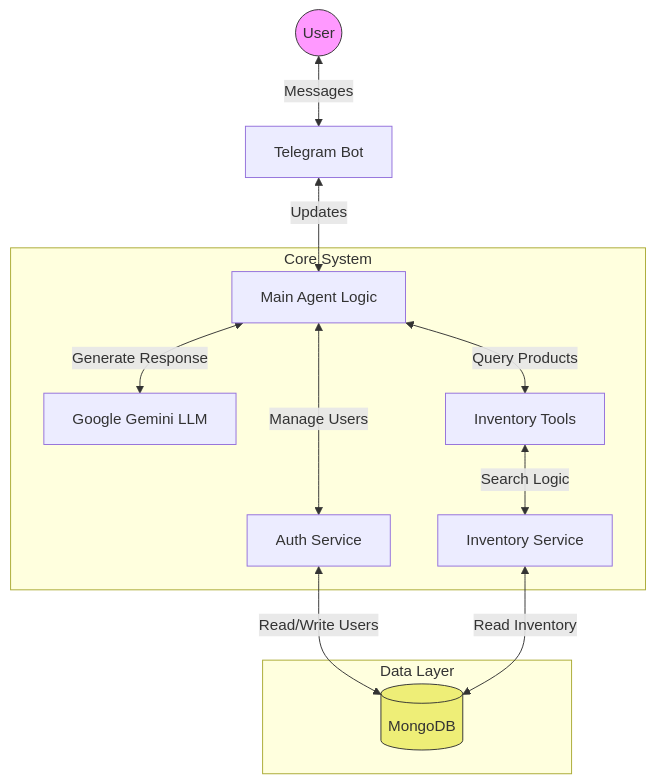
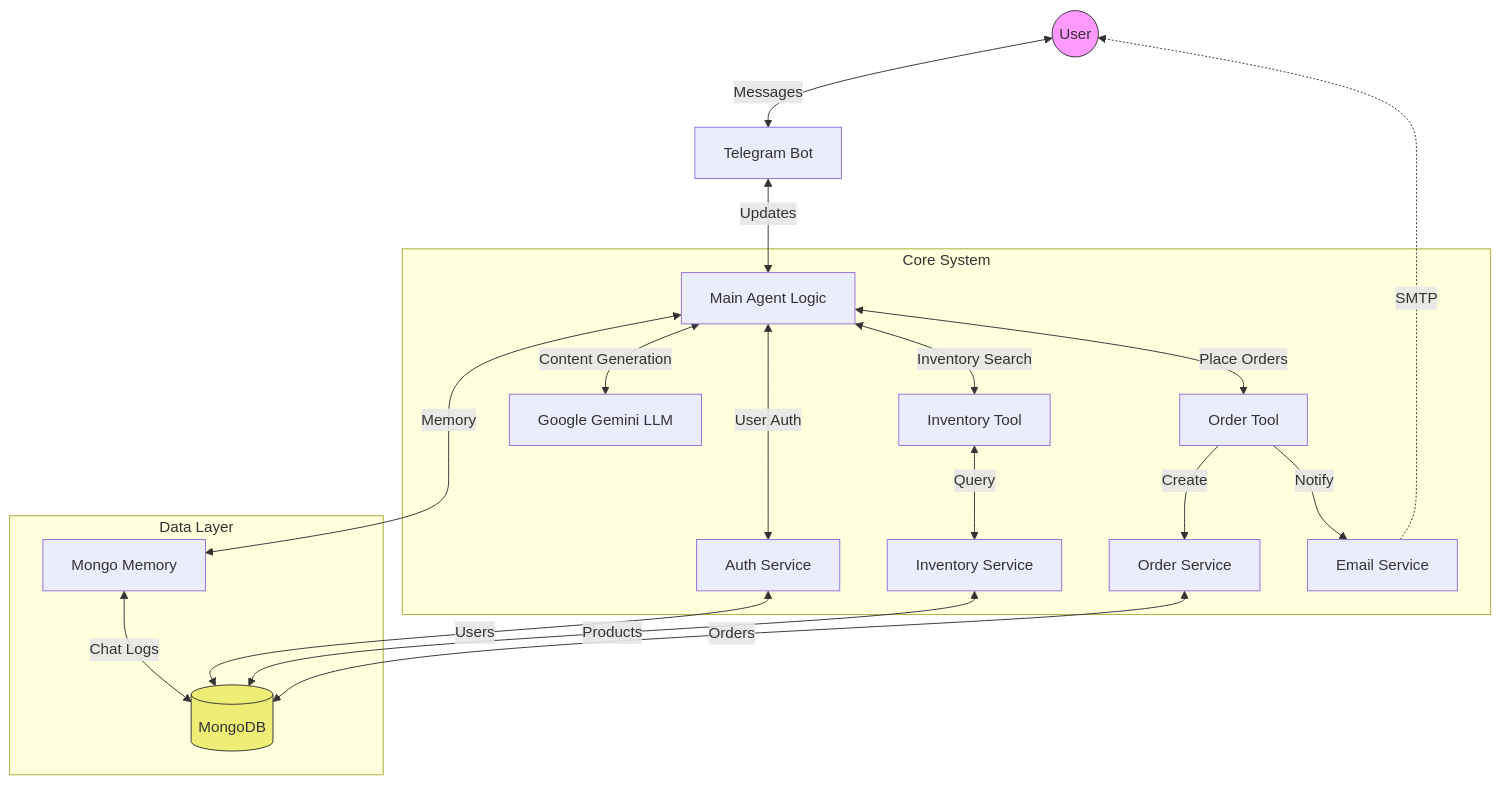
The first of 4 diagrams in README.md (udaykumar-dhokia/SalesMate.ai), drawn with Mermaid before and after one commit. The commit also changed other lines of this file and 4 other files, not shown here.

Commit message:
Purchase Orders & Email Confirmation

````diff
--- a/README.md
+++ b/README.md
@@ -13,21 +13,29 @@
 ```mermaid
 graph TD
     User((User)) <-->|Messages| Telegram[Telegram Bot]
     Telegram <-->|Updates| Agent[Main Agent Logic]
+    Agent <-->|Memory| History[Mongo Memory]
 
     subgraph Core System
-        Agent <-->|Generate Response| LLM[Google Gemini LLM]
-        Agent <-->|Manage Users| Auth[Auth Service]
-        Agent <-->|Query Products| Tools[Inventory Tools]
+        Agent <-->|Content Generation| LLM[Google Gemini LLM]
+        Agent <-->|User Auth| Auth[Auth Service]
+        Agent <-->|Inventory Search| InvTools[Inventory Tool]
+        Agent <-->|Place Orders| OrderTool[Order Tool]
 
-        Tools <-->|Search Logic| Inv[Inventory Service]
+        InvTools <-->|Query| Inv[Inventory Service]
+        OrderTool -->|Create| Orders[Order Service]
+        OrderTool -->|Notify| Email[Email Service]
     end
 
     subgraph Data Layer
-        Auth <-->|Read/Write Users| DB[(MongoDB)]
-        Inv <-->|Read Inventory| DB
+        Auth <-->|Users| DB[(MongoDB)]
+        Inv <-->|Products| DB
+        Orders <-->|Orders| DB
+        History <-->|Chat Logs| DB
     end
+
+    Email -.->|SMTP| User
 
     style User fill:#f9f,stroke:#333
     style DB fill:#ee7,stroke:#333
 ```
````
